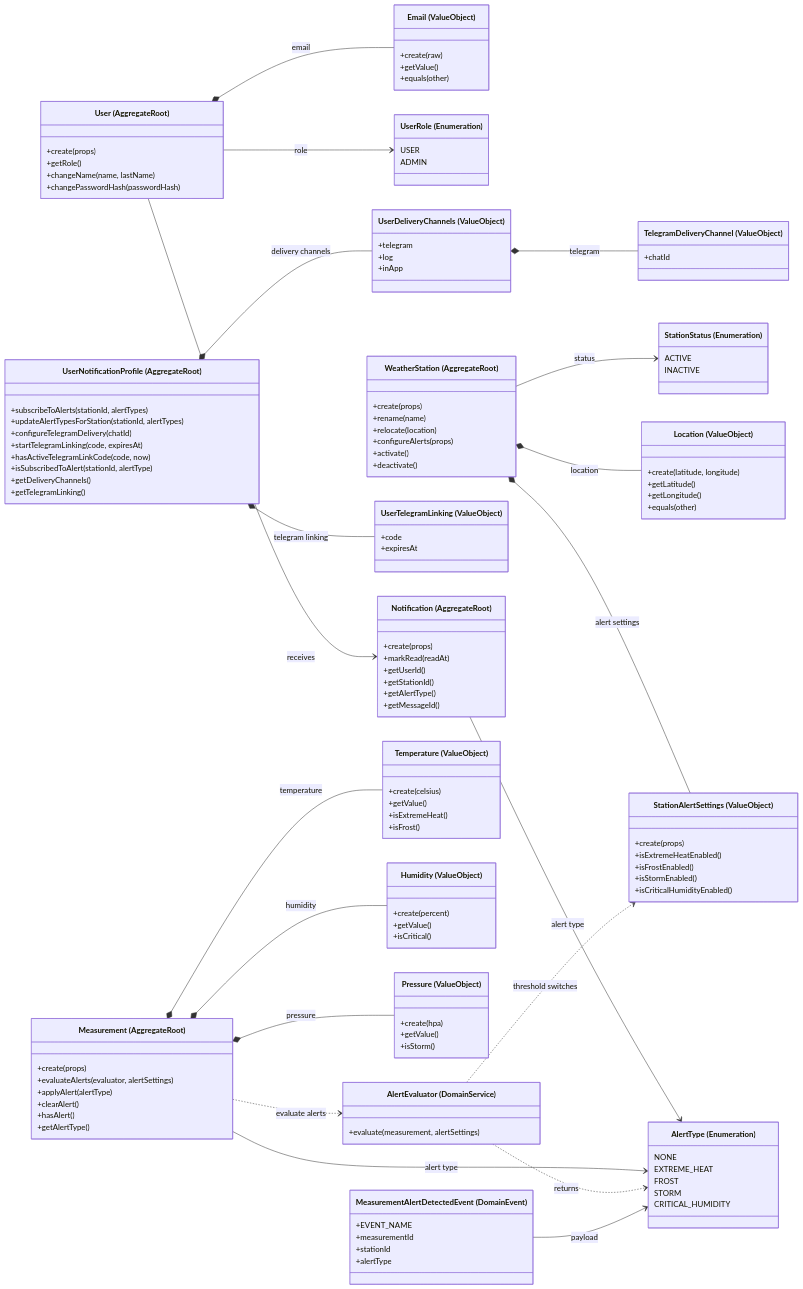
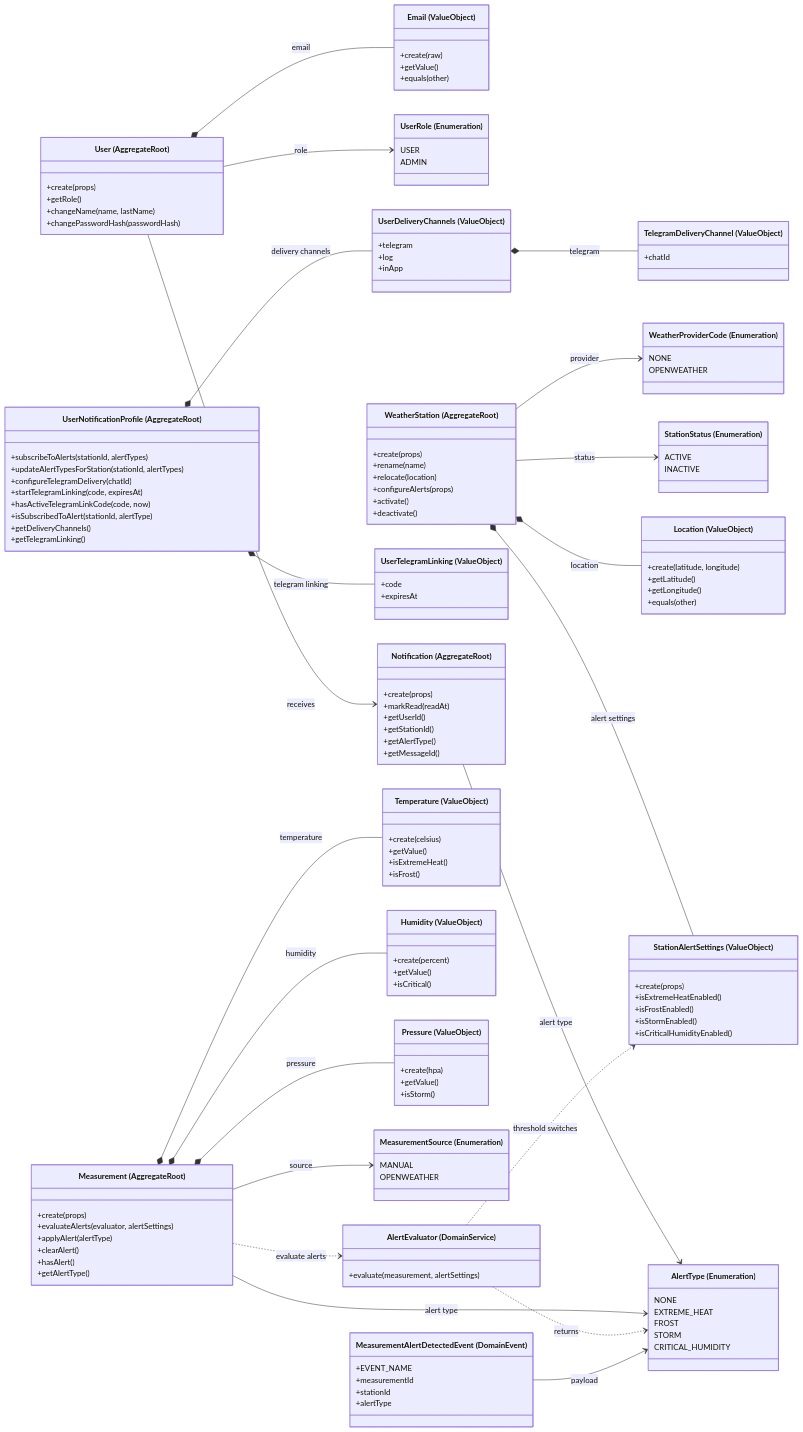
Before and after one commit to LattanzioB/WheaterFlow: the diagram in docs/architecture/uml/weatherflow-domain-model.mmd, drawn with Mermaid. The commit also changed 16 other files, not shown here.

Commit message:
docs(e03): complete delivery iii architecture docs

```diff
--- a/docs/architecture/uml/weatherflow-domain-model.mmd
+++ b/docs/architecture/uml/weatherflow-domain-model.mmd
@@ -1,153 +1,165 @@
 classDiagram
 direction LR
 
 %% Users domain
 class User["User (AggregateRoot)"] {
   +create(props)
   +getRole()
   +changeName(name, lastName)
   +changePasswordHash(passwordHash)
 }
 
 class UserNotificationProfile["UserNotificationProfile (AggregateRoot)"] {
   +subscribeToAlerts(stationId, alertTypes)
   +updateAlertTypesForStation(stationId, alertTypes)
   +configureTelegramDelivery(chatId)
   +startTelegramLinking(code, expiresAt)
   +hasActiveTelegramLinkCode(code, now)
   +isSubscribedToAlert(stationId, alertType)
   +getDeliveryChannels()
   +getTelegramLinking()
 }
 
 class Email["Email (ValueObject)"] {
   +create(raw)
   +getValue()
   +equals(other)
 }
 
 class UserRole["UserRole (Enumeration)"] {
   USER
   ADMIN
 }
 
 class UserDeliveryChannels["UserDeliveryChannels (ValueObject)"] {
   +telegram
   +log
   +inApp
 }
 
 class TelegramDeliveryChannel["TelegramDeliveryChannel (ValueObject)"] {
   +chatId
 }
 
 class Notification["Notification (AggregateRoot)"] {
   +create(props)
   +markRead(readAt)
   +getUserId()
   +getStationId()
   +getAlertType()
   +getMessageId()
 }
 
 class UserTelegramLinking["UserTelegramLinking (ValueObject)"] {
   +code
   +expiresAt
 }
 
 %% Stations domain
 class WeatherStation["WeatherStation (AggregateRoot)"] {
   +create(props)
   +rename(name)
   +relocate(location)
   +configureAlerts(props)
   +activate()
   +deactivate()
 }
 
 class Location["Location (ValueObject)"] {
   +create(latitude, longitude)
   +getLatitude()
   +getLongitude()
   +equals(other)
 }
 
 class StationAlertSettings["StationAlertSettings (ValueObject)"] {
   +create(props)
   +isExtremeHeatEnabled()
   +isFrostEnabled()
   +isStormEnabled()
   +isCriticalHumidityEnabled()
 }
 
 class StationStatus["StationStatus (Enumeration)"] {
   ACTIVE
   INACTIVE
 }
 
+class WeatherProviderCode["WeatherProviderCode (Enumeration)"] {
+  NONE
+  OPENWEATHER
+}
+
 %% Measurements domain
 class Measurement["Measurement (AggregateRoot)"] {
   +create(props)
   +evaluateAlerts(evaluator, alertSettings)
   +applyAlert(alertType)
   +clearAlert()
   +hasAlert()
   +getAlertType()
 }
 
 class Temperature["Temperature (ValueObject)"] {
   +create(celsius)
   +getValue()
   +isExtremeHeat()
   +isFrost()
 }
 
 class Humidity["Humidity (ValueObject)"] {
   +create(percent)
   +getValue()
   +isCritical()
 }
 
 class Pressure["Pressure (ValueObject)"] {
   +create(hpa)
   +getValue()
   +isStorm()
 }
 
 class AlertType["AlertType (Enumeration)"] {
   NONE
   EXTREME_HEAT
   FROST
   STORM
   CRITICAL_HUMIDITY
 }
 
+class MeasurementSource["MeasurementSource (Enumeration)"] {
+  MANUAL
+  OPENWEATHER
+}
+
 class AlertEvaluator["AlertEvaluator (DomainService)"] {
   +evaluate(measurement, alertSettings)
 }
 
 class MeasurementAlertDetectedEvent["MeasurementAlertDetectedEvent (DomainEvent)"] {
   +EVENT_NAME
   +measurementId
   +stationId
   +alertType
 }
 
 User *-- Email : email
 User --> UserRole : role
 UserNotificationProfile *-- UserDeliveryChannels : delivery channels
 UserDeliveryChannels *-- TelegramDeliveryChannel : telegram
 UserNotificationProfile *-- UserTelegramLinking : telegram linking
 User --> Notification : receives
 Notification --> AlertType : alert type
 WeatherStation *-- Location : location
 WeatherStation *-- StationAlertSettings : alert settings
 WeatherStation --> StationStatus : status
+WeatherStation --> WeatherProviderCode : provider
 Measurement *-- Temperature : temperature
 Measurement *-- Humidity : humidity
 Measurement *-- Pressure : pressure
 Measurement --> AlertType : alert type
+Measurement --> MeasurementSource : source
 Measurement ..> AlertEvaluator : evaluate alerts
 AlertEvaluator ..> StationAlertSettings : threshold switches
 AlertEvaluator ..> AlertType : returns
 MeasurementAlertDetectedEvent --> AlertType : payload
```
